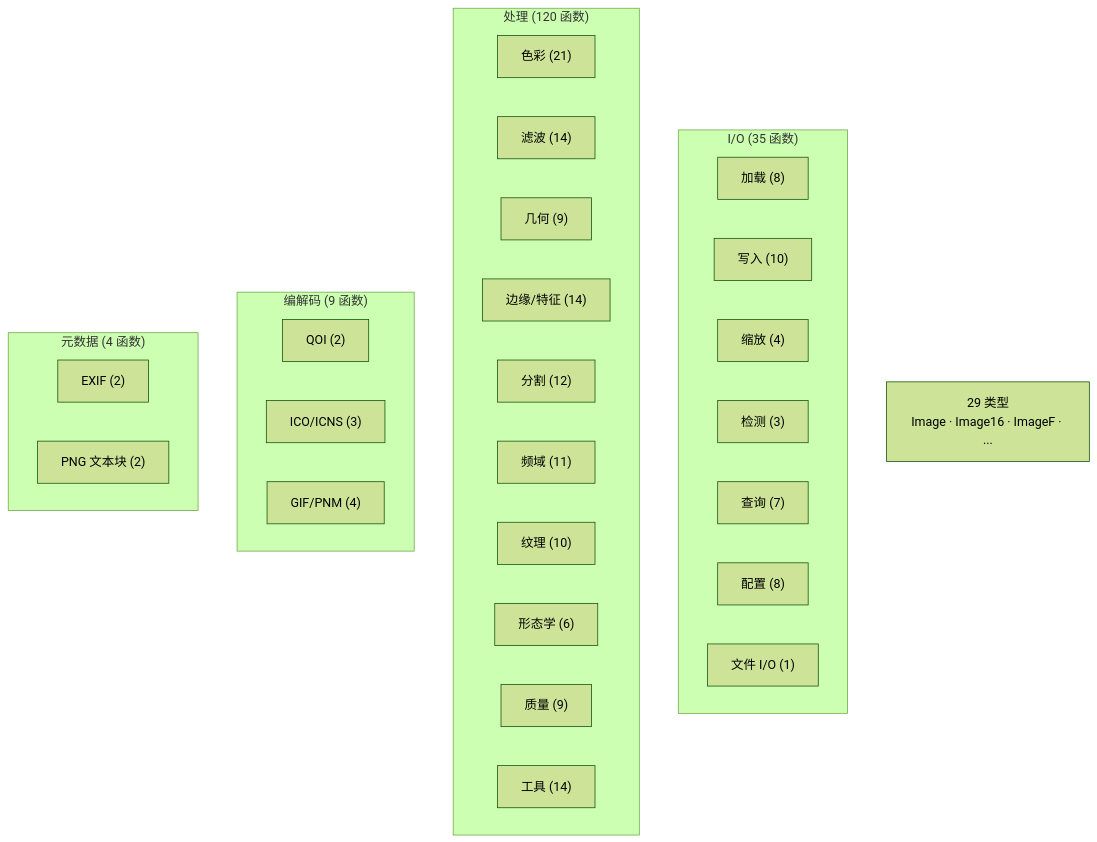
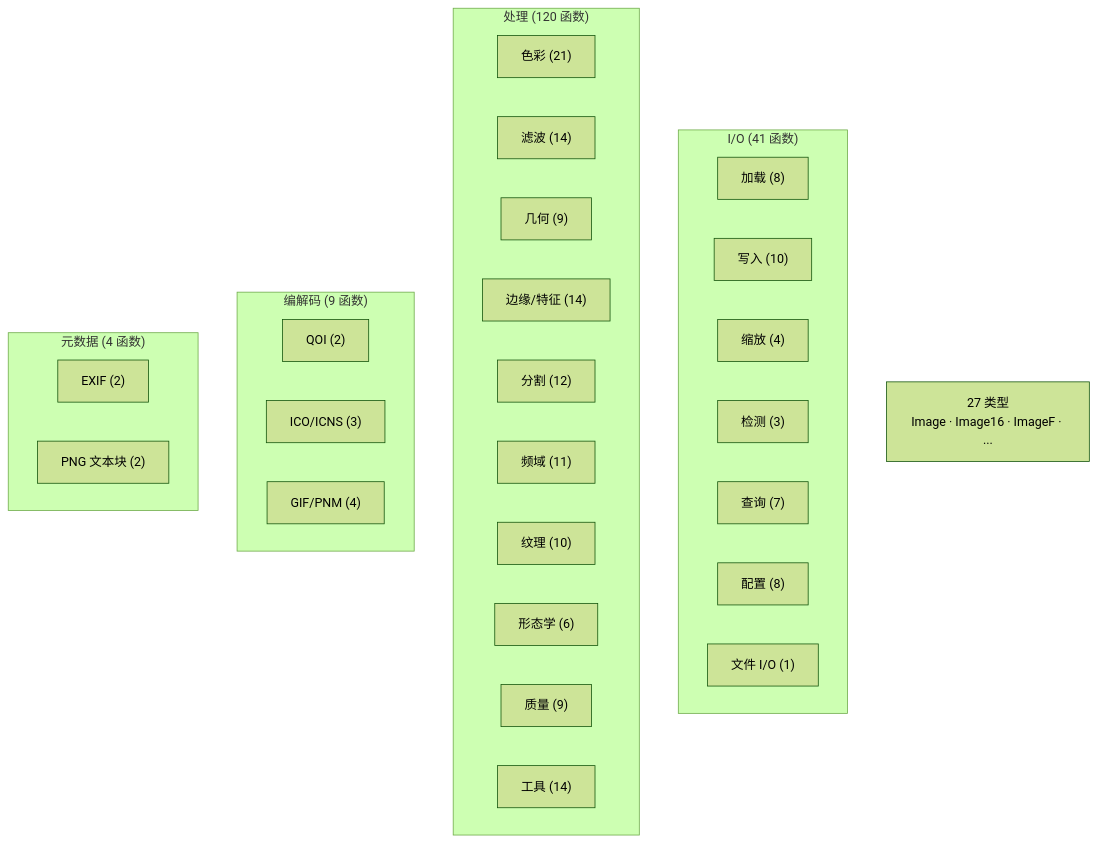
One commit to toadium/stb-image changed diagram 13 of 14 in ARCHITECTURE.md. Above: the diagram before and after it, drawn with Mermaid (forest theme). The commit also changed other lines of this file and 6 other files, not shown here.

````diff
--- a/ARCHITECTURE.md
+++ b/ARCHITECTURE.md
@@ -399,38 +436,38 @@
 ```mermaid
 flowchart TB
-    subgraph IO["I/O (35 函数)"]
+    subgraph IO["I/O (41 函数)"]
         Load["加载 (8)"]
         Write["写入 (10)"]
         Resize["缩放 (4)"]
         Detect["检测 (3)"]
         Query["查询 (7)"]
         Config["配置 (8)"]
         FileIO["文件 I/O (1)"]
     end
 
     subgraph Proc["处理 (120 函数)"]
         Color["色彩 (21)"]
         Filter["滤波 (14)"]
         Geo["几何 (9)"]
         Edge["边缘/特征 (14)"]
         Seg["分割 (12)"]
         Freq["频域 (11)"]
         Tex["纹理 (10)"]
         Morph["形态学 (6)"]
         Qual["质量 (9)"]
         Util["工具 (14)"]
     end
 
     subgraph Codec["编解码 (9 函数)"]
         QOI["QOI (2)"]
         ICO["ICO/ICNS (3)"]
         GIF["GIF/PNM (4)"]
     end
 
     subgraph MetaFn["元数据 (4 函数)"]
         EXIF["EXIF (2)"]
         PNG["PNG 文本块 (2)"]
     end
 
-    Types["29 类型<br/>Image · Image16 · ImageF · ..."]
+    Types["27 类型<br/>Image · Image16 · ImageF · ..."]
 ```
````
